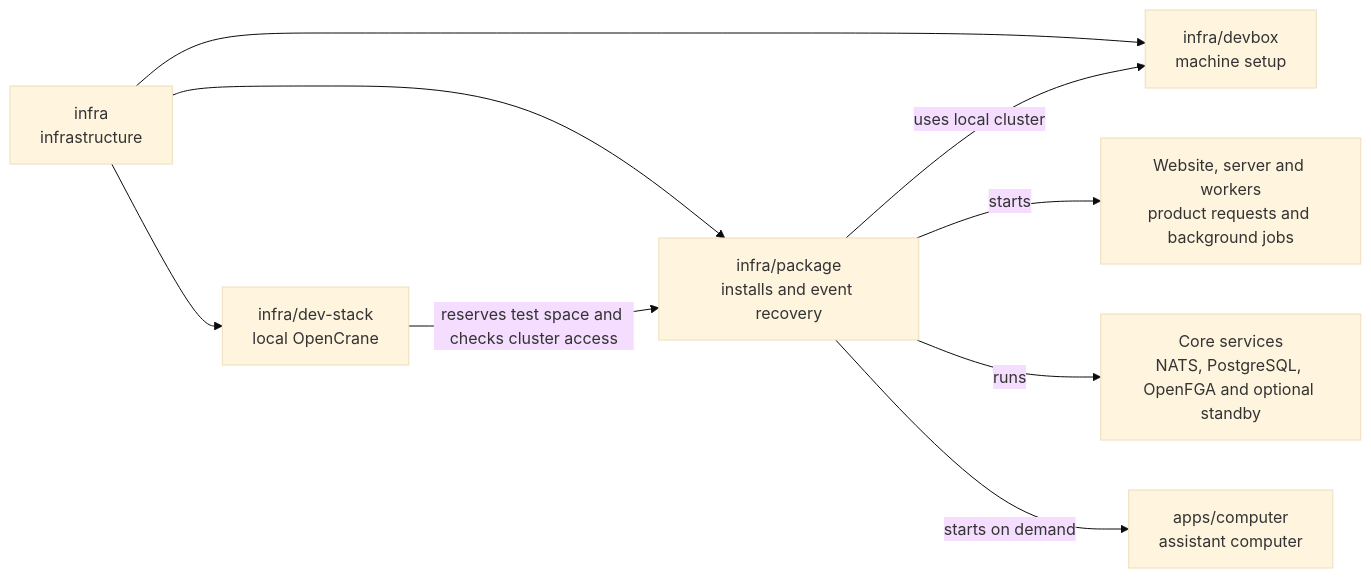
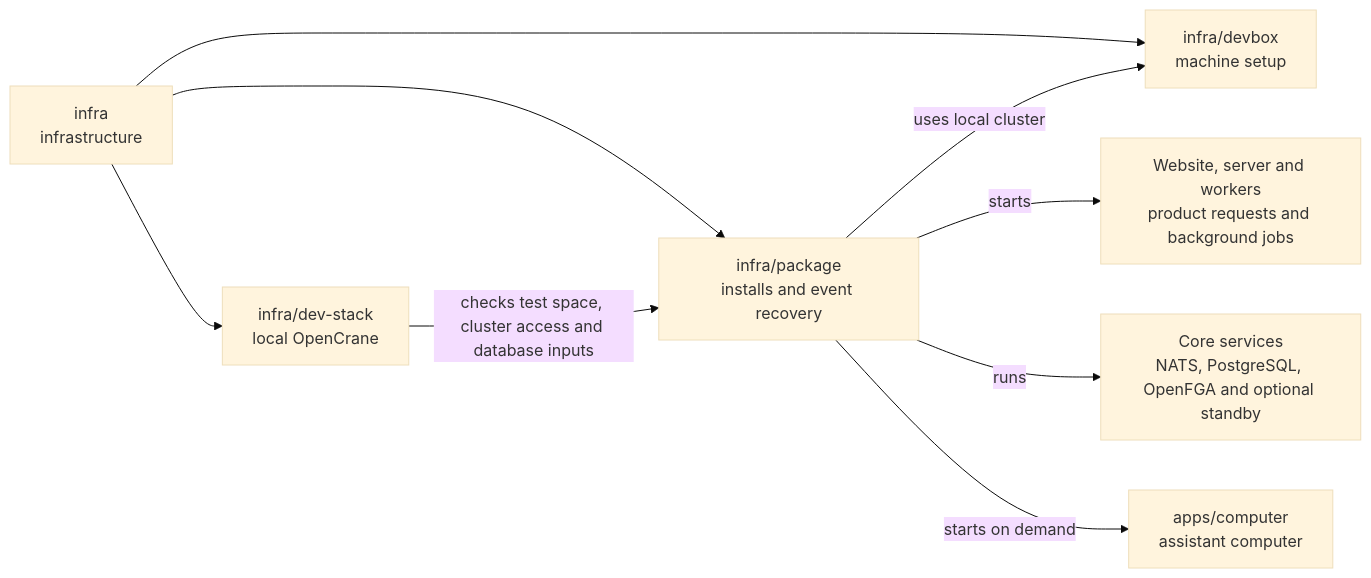
Before and after one commit to elewa-git/opencrane-new: the diagram in infra/package/README.md, drawn with Mermaid (base theme). The commit also changed other lines of this file and 8 other files, not shown here.

````diff
--- a/infra/package/README.md
+++ b/infra/package/README.md
@@ -19,11 +19,11 @@
 ```mermaid
 flowchart LR
   infra["infra<br/>infrastructure"] --> package["infra/package<br/>installs and event recovery"]
   infra --> stack["infra/dev-stack<br/>local OpenCrane"]
   infra --> devbox["infra/devbox<br/>machine setup"]
-  stack -->|reserves test space and checks cluster access| package
+  stack -->|checks test space, cluster access and database inputs| package
   package -->|uses local cluster| devbox
   package -->|starts| apps["Website, server and workers<br/>product requests and background jobs"]
   package -->|runs| services["Core services<br/>NATS, PostgreSQL, OpenFGA and optional standby"]
   package -->|starts on demand| computer["apps/computer<br/>assistant computer"]
 ```
````
